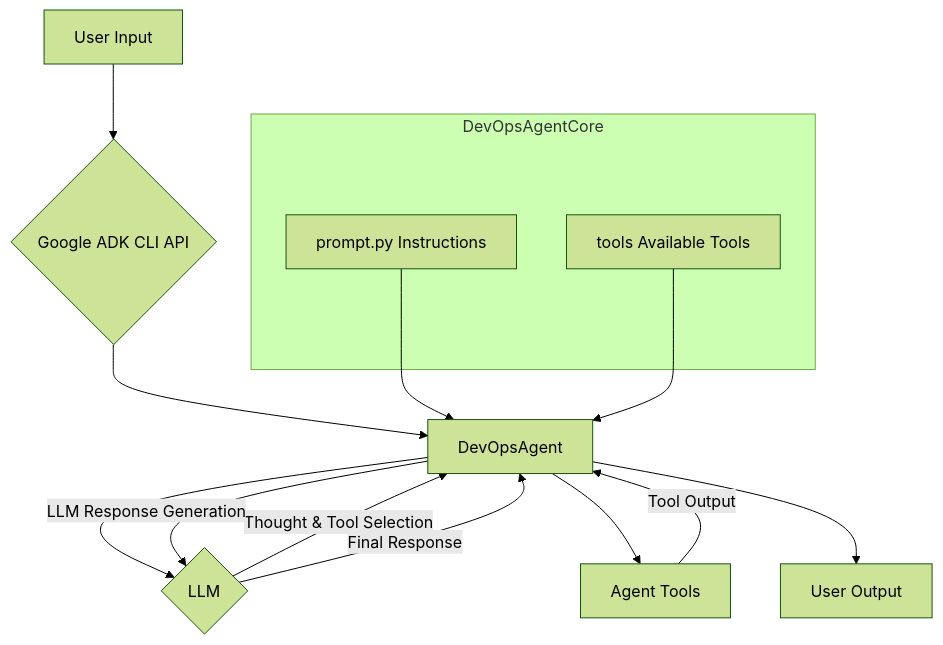
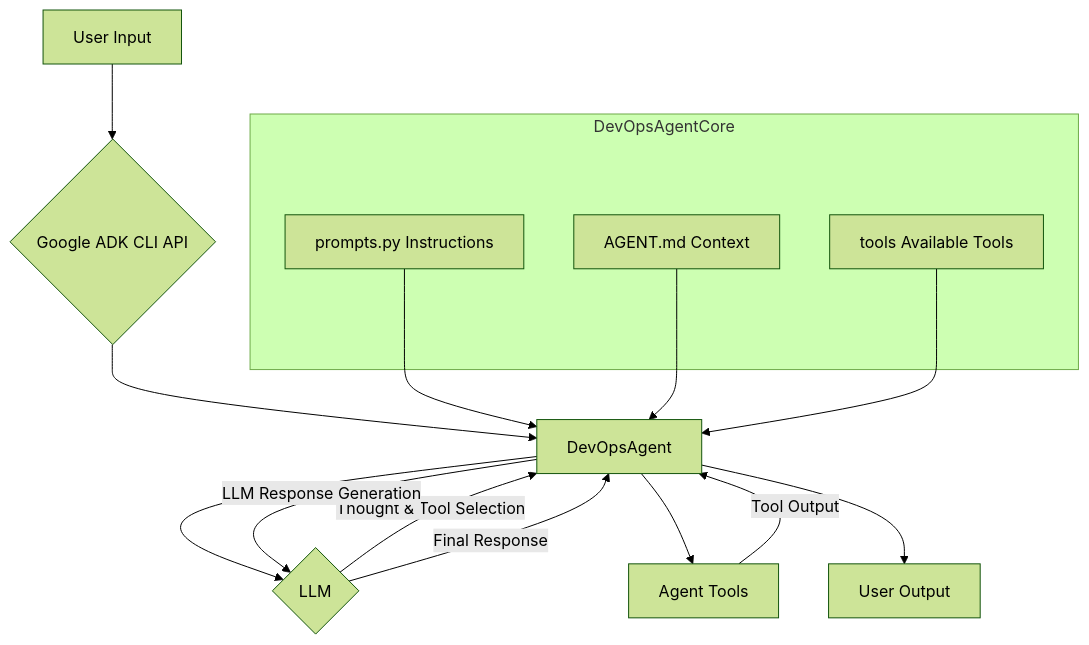
The first of 4 diagrams in README.md (BlueCentre/adk-agents), drawn with Mermaid (forest theme) before and after one commit. The commit also changed other lines of this file, not shown here.

````diff
--- a/README.md
+++ b/README.md
@@ -71,20 +72,22 @@
 ```mermaid
 graph TD
     A[User Input] --> B{Google ADK CLI API};
     B --> C[DevOpsAgent];
     C --> D{LLM};
     D -- Thought & Tool Selection --> C;
     C --> E[Agent Tools];
     E -- Tool Output --> C;
     C -- LLM Response Generation --> D;
     D -- Final Response --> C;
     C --> F[User Output];
 
     subgraph DevOpsAgentCore
-        P[prompt.py Instructions]
+        P[prompts.py Instructions]
+        AM[AGENT.md Context]
         T[tools Available Tools]
     end
 
     P --> C;
+    AM --> C;
     T --> C;
 ```
````
